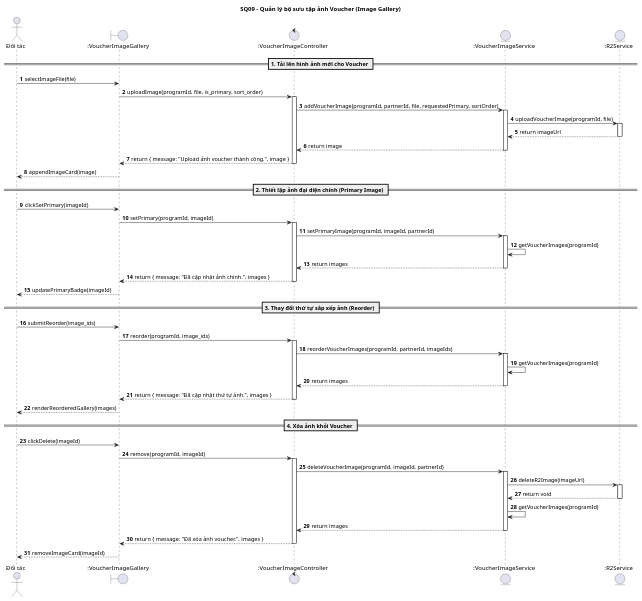
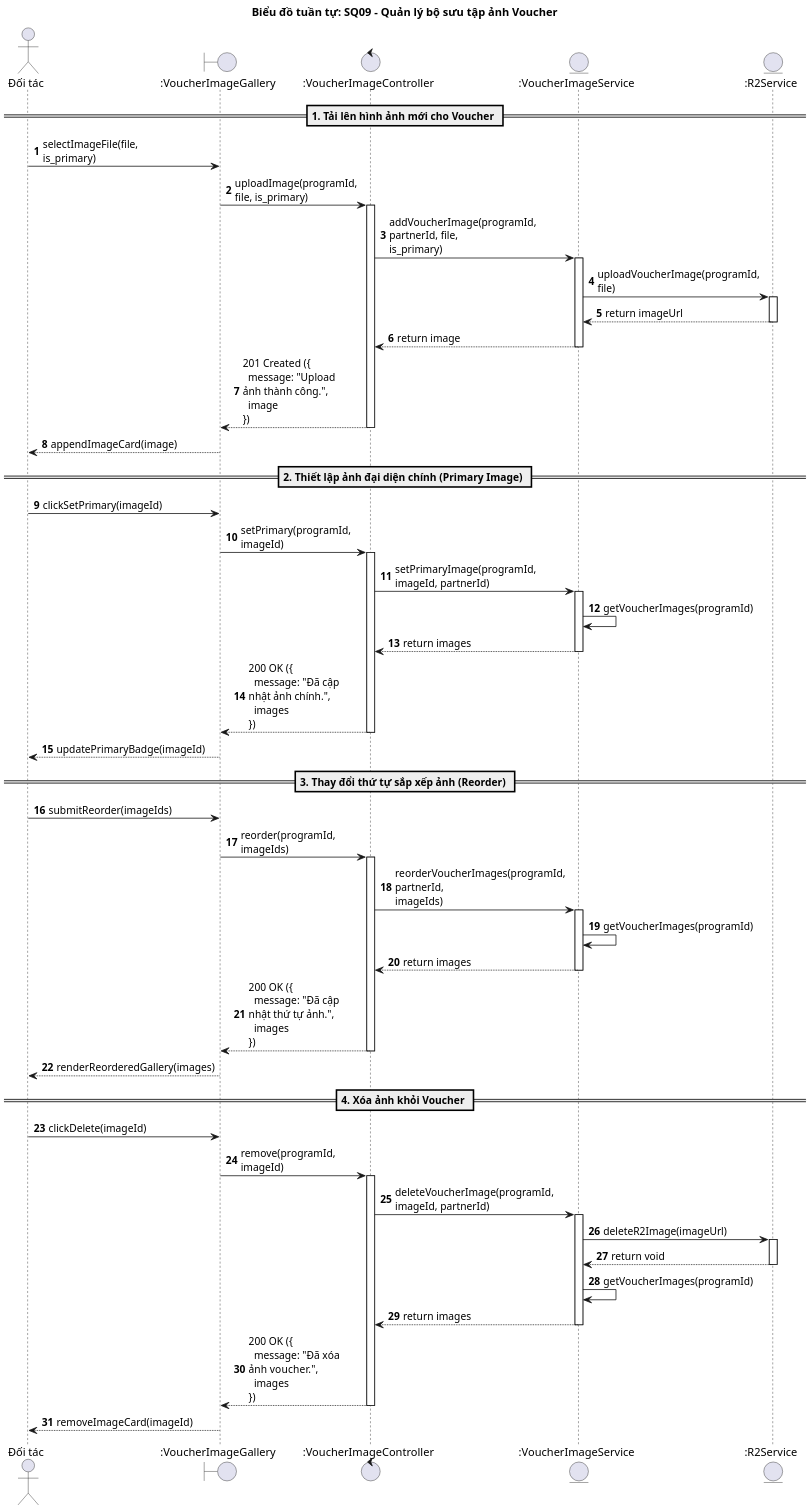
Before and after one commit to Ngo-The-Dat/e-voucher-system: the diagram in doc/sequence/doi_tac/SQ09_quan_ly_anh_voucher.wsd, drawn with PlantUML. The commit also changed 82 other files, not shown here.

```diff
--- a/doc/sequence/doi_tac/SQ09_quan_ly_anh_voucher.wsd
+++ b/doc/sequence/doi_tac/SQ09_quan_ly_anh_voucher.wsd
@@ -1,73 +1,75 @@
 @startuml
-title SQ09 - Quản lý bộ sưu tập ảnh Voucher (Image Gallery)
+title Biểu đồ tuần tự: SQ09 - Quản lý bộ sưu tập ảnh Voucher
 
 autonumber
+skinparam dpi 180
+skinparam maxMessageSize 120
 skinparam BoxPadding 10
 skinparam ParticipantPadding 10
 
 actor "Đối tác" as DT
 boundary ":VoucherImageGallery" as UI
 control ":VoucherImageController" as Ctrl
 entity ":VoucherImageService" as Svc
 entity ":R2Service" as Storage
 
 == 1. Tải lên hình ảnh mới cho Voucher ==
-DT -> UI: selectImageFile(file)
-UI -> Ctrl: uploadImage(programId, file, is_primary, sort_order)
+DT -> UI: selectImageFile(file, is_primary)
+UI -> Ctrl: uploadImage(programId, file, is_primary)
 activate Ctrl
-Ctrl -> Svc: addVoucherImage(programId, partnerId, file, requestedPrimary, sortOrder)
+Ctrl -> Svc: addVoucherImage(programId, partnerId, file, is_primary)
 activate Svc
 Svc -> Storage: uploadVoucherImage(programId, file)
 activate Storage
 Storage --> Svc: return imageUrl
 deactivate Storage
 Svc --> Ctrl: return image
 deactivate Svc
-Ctrl --> UI: return { message: "Upload ảnh voucher thành công.", image }
+Ctrl --> UI: 201 Created ({\n  message: "Upload ảnh thành công.",\n  image\n})
 deactivate Ctrl
 UI --> DT: appendImageCard(image)
 
 == 2. Thiết lập ảnh đại diện chính (Primary Image) ==
 DT -> UI: clickSetPrimary(imageId)
 UI -> Ctrl: setPrimary(programId, imageId)
 activate Ctrl
 Ctrl -> Svc: setPrimaryImage(programId, imageId, partnerId)
 activate Svc
 Svc -> Svc: getVoucherImages(programId)
 Svc --> Ctrl: return images
 deactivate Svc
-Ctrl --> UI: return { message: "Đã cập nhật ảnh chính.", images }
+Ctrl --> UI: 200 OK ({\n  message: "Đã cập nhật ảnh chính.",\n  images\n})
 deactivate Ctrl
 UI --> DT: updatePrimaryBadge(imageId)
 
 == 3. Thay đổi thứ tự sắp xếp ảnh (Reorder) ==
-DT -> UI: submitReorder(image_ids)
-UI -> Ctrl: reorder(programId, image_ids)
+DT -> UI: submitReorder(imageIds)
+UI -> Ctrl: reorder(programId, imageIds)
 activate Ctrl
 Ctrl -> Svc: reorderVoucherImages(programId, partnerId, imageIds)
 activate Svc
 Svc -> Svc: getVoucherImages(programId)
 Svc --> Ctrl: return images
 deactivate Svc
-Ctrl --> UI: return { message: "Đã cập nhật thứ tự ảnh.", images }
+Ctrl --> UI: 200 OK ({\n  message: "Đã cập nhật thứ tự ảnh.",\n  images\n})
 deactivate Ctrl
 UI --> DT: renderReorderedGallery(images)
 
 == 4. Xóa ảnh khỏi Voucher ==
 DT -> UI: clickDelete(imageId)
 UI -> Ctrl: remove(programId, imageId)
 activate Ctrl
 Ctrl -> Svc: deleteVoucherImage(programId, imageId, partnerId)
 activate Svc
 Svc -> Storage: deleteR2Image(imageUrl)
 activate Storage
 Storage --> Svc: return void
 deactivate Storage
 Svc -> Svc: getVoucherImages(programId)
 Svc --> Ctrl: return images
 deactivate Svc
-Ctrl --> UI: return { message: "Đã xóa ảnh voucher.", images }
+Ctrl --> UI: 200 OK ({\n  message: "Đã xóa ảnh voucher.",\n  images\n})
 deactivate Ctrl
 UI --> DT: removeImageCard(imageId)
 
 @enduml
```
